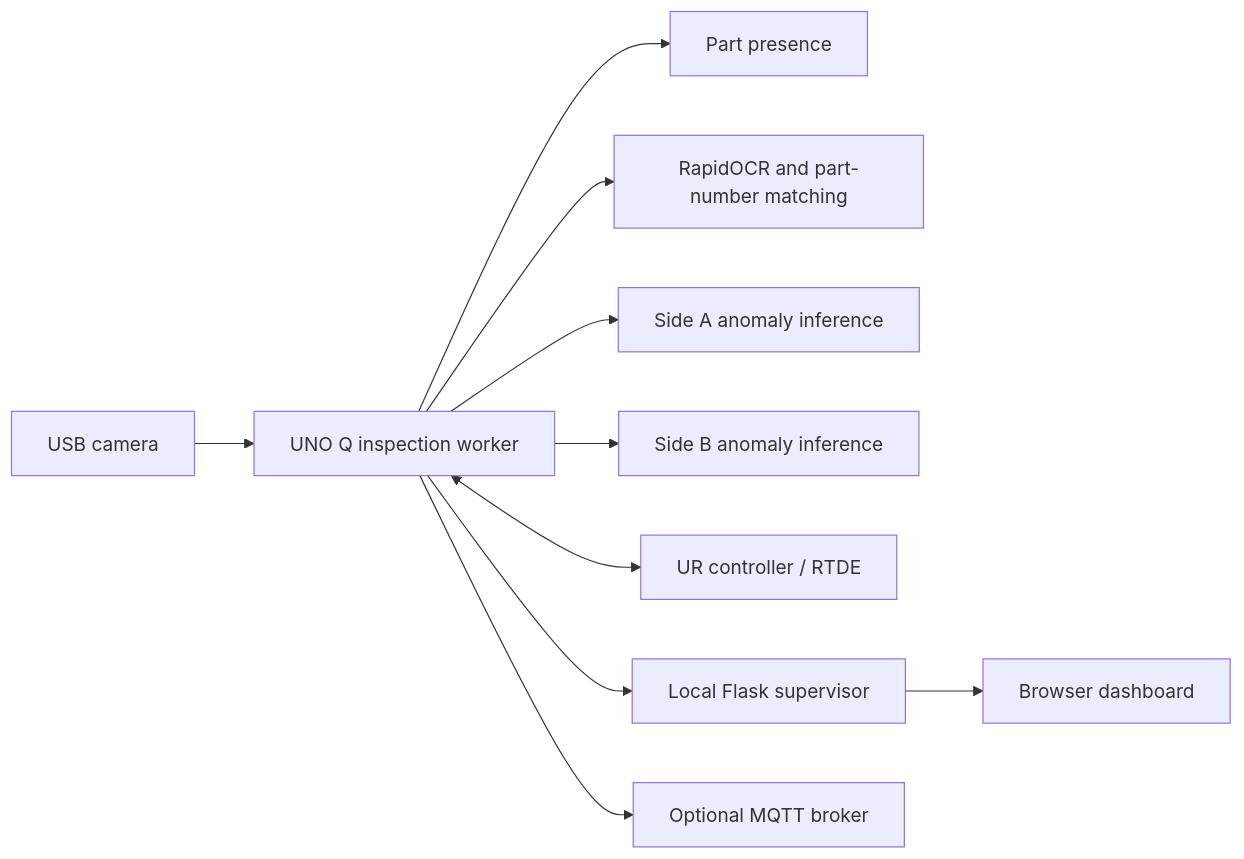
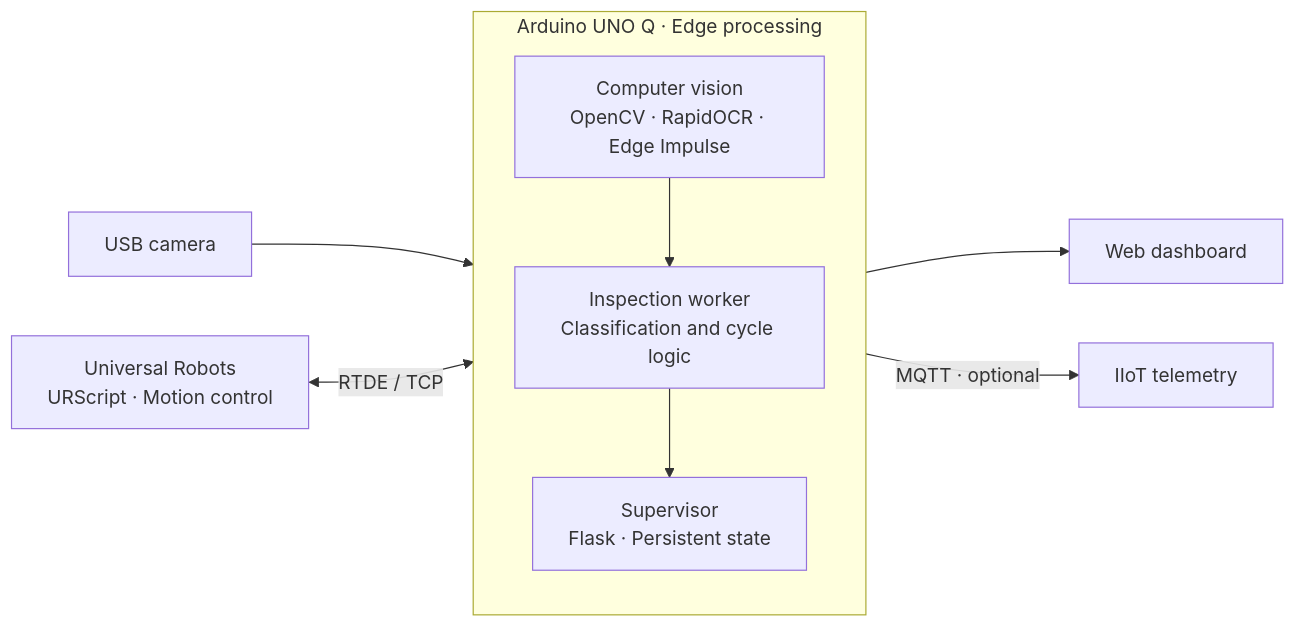
One commit to phlangone/dip-inspection changed the first of 2 diagrams in README.md. Above: the diagram before and after it, drawn with Mermaid. The commit also changed other lines of this file, not shown here.

Commit message:
Refocus README on engineering portfolio and system architecture

````diff
--- a/README.md
+++ b/README.md
@@ -9,12 +26,17 @@
 ```mermaid
 flowchart LR
-    C[USB camera] --> W[UNO Q inspection worker]
-    W --> P[Part presence]
-    W --> O[RapidOCR and part-number matching]
-    W --> A[Side A anomaly inference]
-    W --> B[Side B anomaly inference]
-    W <--> R[UR controller / RTDE]
-    W --> S[Local Flask supervisor]
-    S --> D[Browser dashboard]
-    W --> M[Optional MQTT broker]
+    CAM[USB camera] --> V
+
+    subgraph UNO["Arduino UNO Q · Edge processing"]
+        direction TB
+        V["Computer vision<br/>OpenCV · RapidOCR · Edge Impulse"]
+        W["Inspection worker<br/>Classification and cycle logic"]
+        S["Supervisor<br/>Flask · Persistent state"]
+        V --> W
+        W --> S
+    end
+
+    UR["Universal Robots<br/>URScript · Motion control"] <-->|RTDE / TCP| W
+    S --> UI["Web dashboard"]
+    W -->|MQTT · optional| IIOT["IIoT telemetry"]
 ```
````
